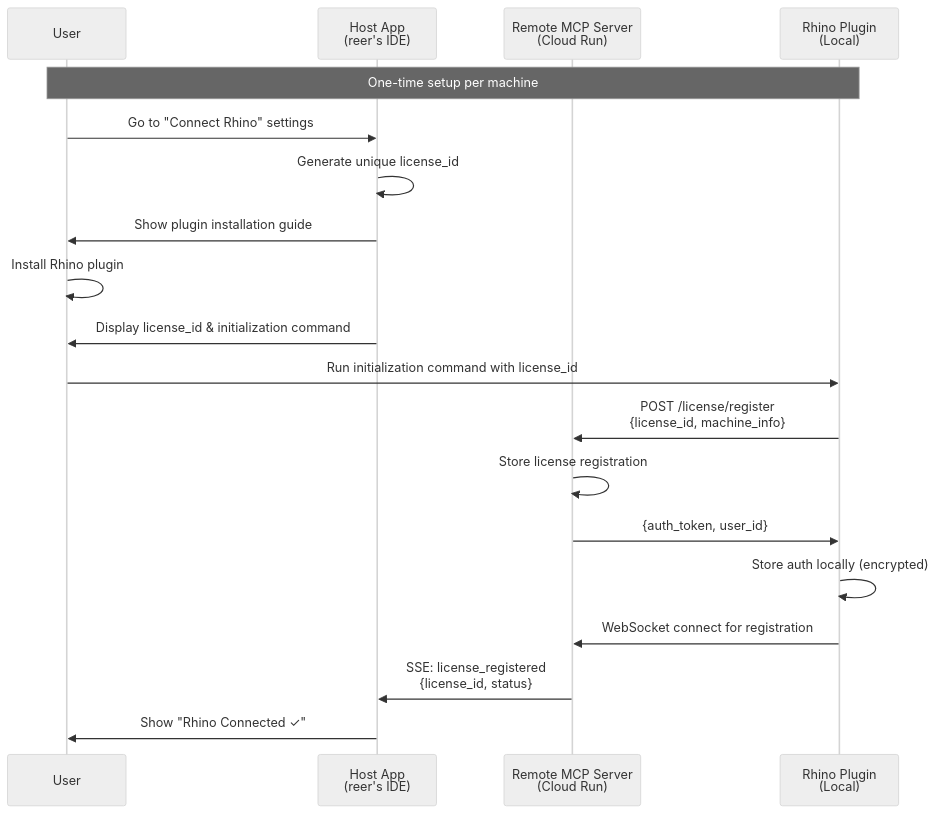
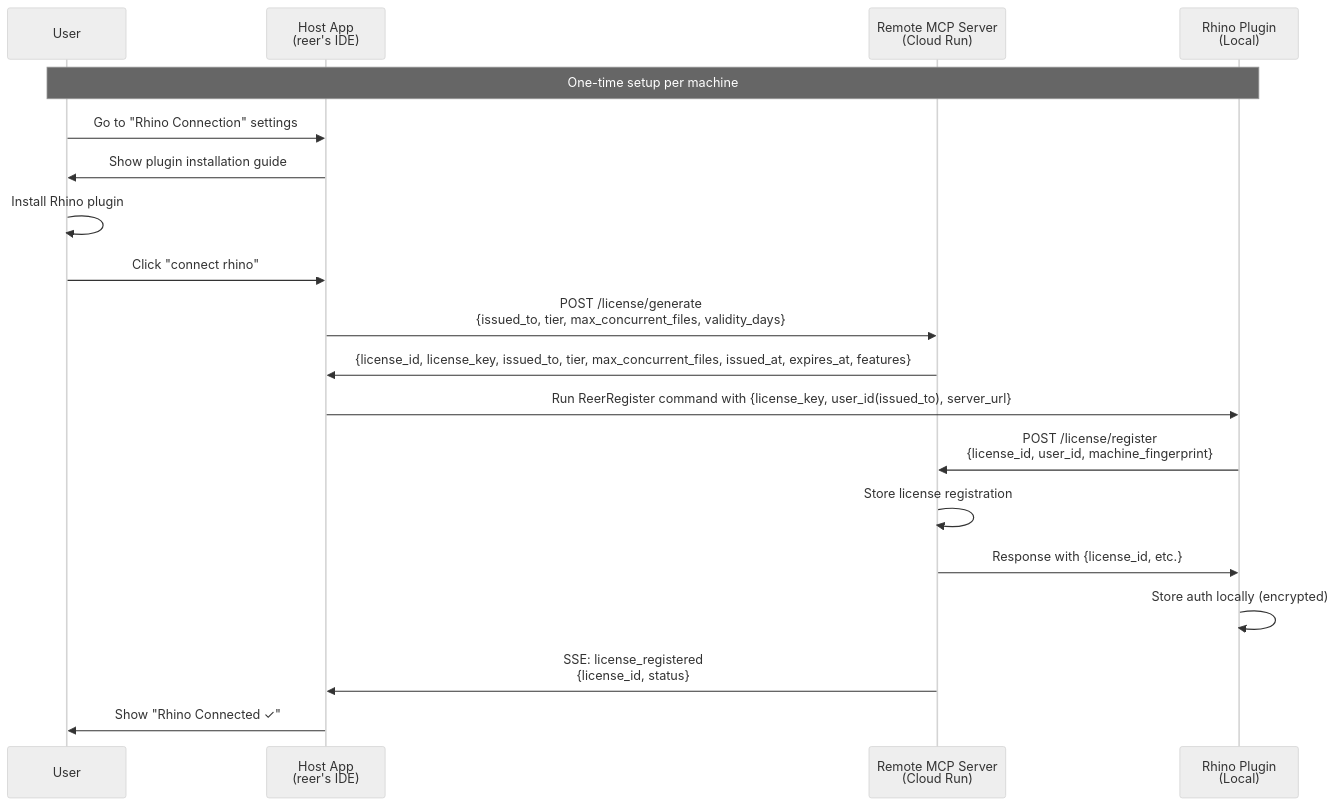
Before and after one commit to reer-ide/rhino_mcp_remote: the first of 4 diagrams in docs/architecture.md, drawn with Mermaid (neutral theme). The commit also changed other lines of this file and 4 other files, not shown here.

Commit message:
Refactor to separate License management and Connection mannagement. Update flow diagrams in architecture.md to reflect changes in the licensing process and connection UX.

````diff
--- a/docs/architecture.md
+++ b/docs/architecture.md
@@ -71,27 +71,26 @@
 ```mermaid
 sequenceDiagram
     participant User
     participant HostApp as Host App<br/>(reer's IDE)
     participant RemoteServer as Remote MCP Server<br/>(Cloud Run)
     participant RhinoPlugin as Rhino Plugin<br/>(Local)
     
     Note over User,RhinoPlugin: One-time setup per machine
     
-    User->>HostApp: Go to "Connect Rhino" settings
-    HostApp->>HostApp: Generate unique license_id
+    User->>HostApp: Go to "Rhino Connection" settings
     HostApp->>User: Show plugin installation guide
     User->>User: Install Rhino plugin
+
+    User->>HostApp: Click "connect rhino"
+    HostApp->>RemoteServer: POST /license/generate<br/>{issued_to, tier, max_concurrent_files, validity_days}
+    RemoteServer->>HostApp: {license_id, license_key, issued_to, tier, max_concurrent_files, issued_at, expires_at, features}
+    HostApp->>RhinoPlugin: Run ReerRegister command with {license_key, user_id(issued_to), server_url}
     
-    HostApp->>User: Display license_id & initialization command
-    User->>RhinoPlugin: Run initialization command with license_id
-    
-    RhinoPlugin->>RemoteServer: POST /license/register<br/>{license_id, machine_info}
+    RhinoPlugin->>RemoteServer: POST /license/register<br/>{license_id, user_id, machine_fingerprint}
     RemoteServer->>RemoteServer: Store license registration
-    RemoteServer->>RhinoPlugin: {auth_token, user_id}
-    
+    RemoteServer->>RhinoPlugin: Response with {license_id, etc.}
     RhinoPlugin->>RhinoPlugin: Store auth locally (encrypted)
-    RhinoPlugin->>RemoteServer: WebSocket connect for registration
     RemoteServer->>HostApp: SSE: license_registered<br/>{license_id, status}
     
     HostApp->>User: Show "Rhino Connected ✓"
 ```
````
